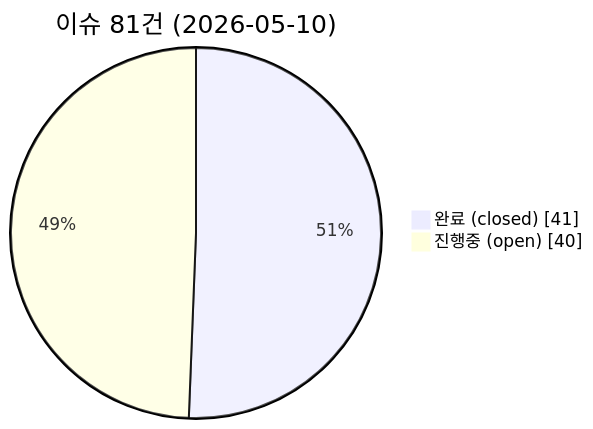
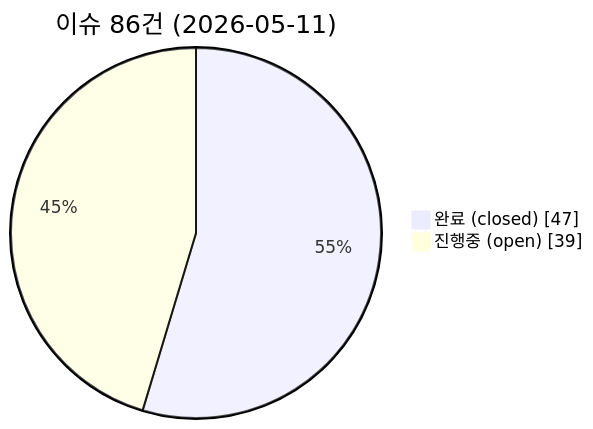
The first of 4 diagrams in README.md (holee9/MD-process), drawn with Mermaid before and after one commit. The commit also changed other lines of this file, not shown here.

````diff
--- a/README.md
+++ b/README.md
@@ -89,6 +89,6 @@
 ```mermaid
 pie showData
-    title 이슈 81건 (2026-05-10)
-    "완료 (closed)" : 41
-    "진행중 (open)" : 40
+    title 이슈 86건 (2026-05-11)
+    "완료 (closed)" : 47
+    "진행중 (open)" : 39
 ```
````
